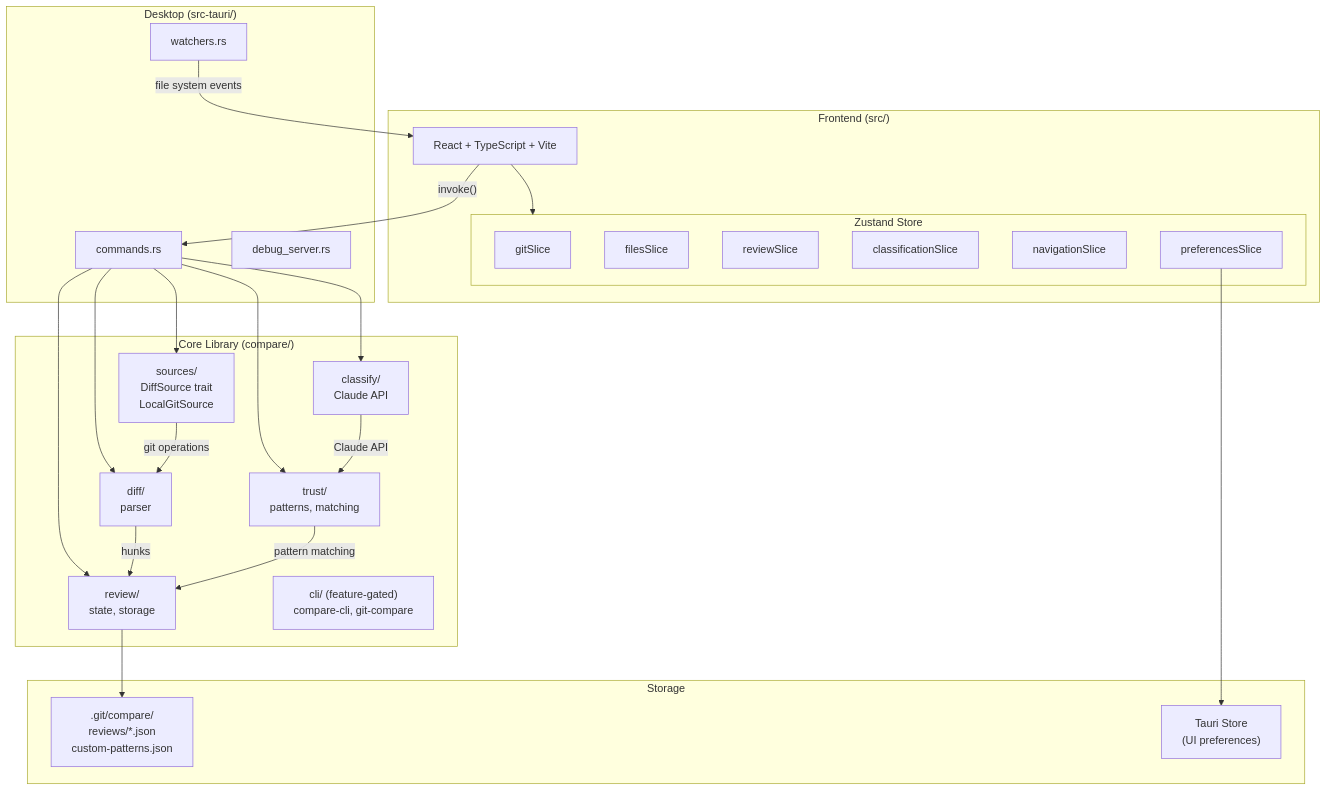
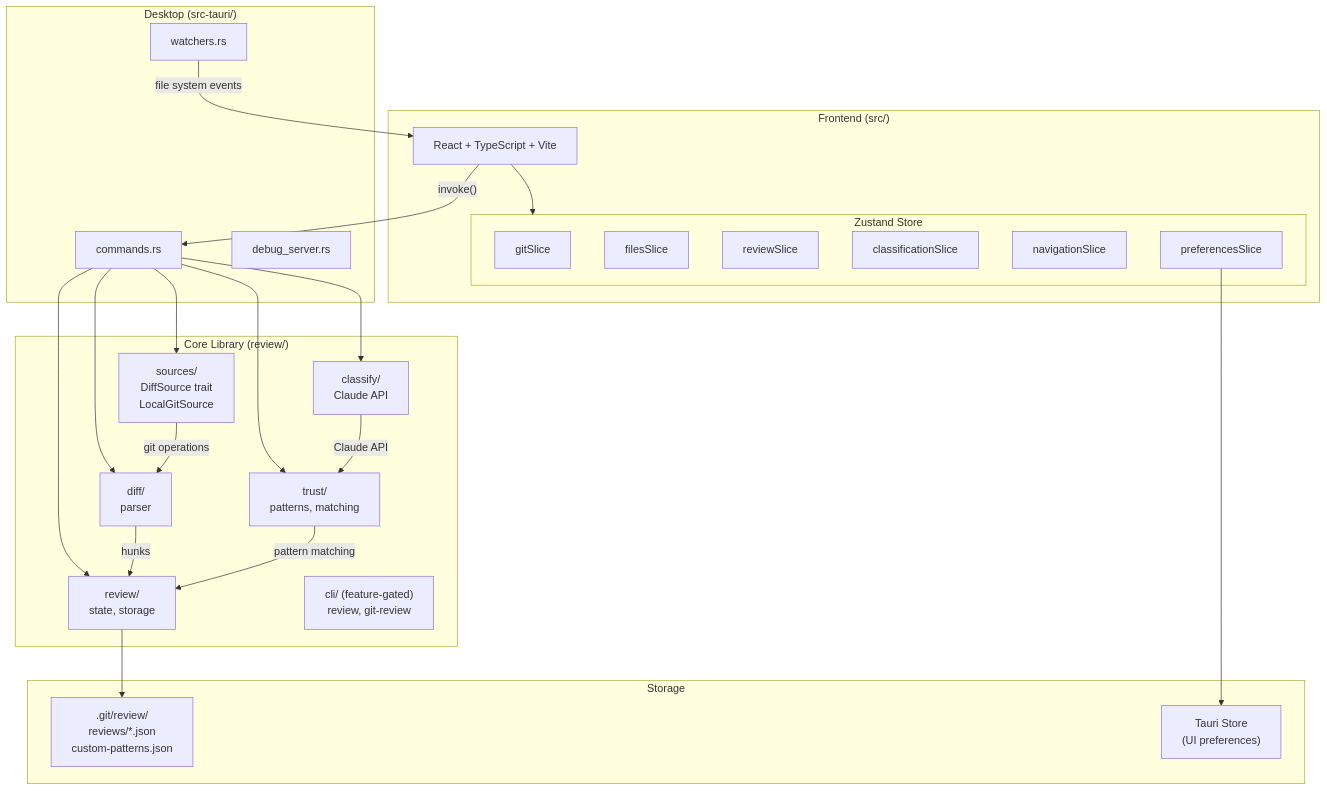
One commit to dropseed/review changed the diagram in README.md. Above: the diagram before and after it, drawn with Mermaid. The commit also changed other lines of this file and 59 other files, not shown here.

First line of the commit message:
Rename app from Compare to Review

````diff
--- a/README.md
+++ b/README.md
@@ -30,61 +30,61 @@
 ```mermaid
 graph TB
     subgraph Frontend["Frontend (src/)"]
         React["React + TypeScript + Vite"]
         subgraph Zustand["Zustand Store"]
             gitSlice["gitSlice"]
             filesSlice["filesSlice"]
             reviewSlice["reviewSlice"]
             classificationSlice["classificationSlice"]
             navigationSlice["navigationSlice"]
             preferencesSlice["preferencesSlice"]
         end
         React --> Zustand
     end
 
     subgraph Desktop["Desktop (src-tauri/)"]
         commands["commands.rs"]
         watchers["watchers.rs"]
         debug_server["debug_server.rs"]
     end
 
-    subgraph Core["Core Library (compare/)"]
+    subgraph Core["Core Library (review/)"]
         sources["sources/
         DiffSource trait
         LocalGitSource"]
         diff["diff/
         parser"]
         review["review/
         state, storage"]
         trust["trust/
         patterns, matching"]
         classify["classify/
         Claude API"]
         cli["cli/ (feature-gated)
-        compare-cli, git-compare"]
+        review, git-review"]
     end
 
     subgraph Storage["Storage"]
-        git_compare[".git/compare/
+        git_review[".git/review/
         reviews/*.json
         custom-patterns.json"]
         tauri_store["Tauri Store
         (UI preferences)"]
     end
 
     React -->|"invoke()"| commands
     commands --> sources
     commands --> diff
     commands --> review
     commands --> trust
     commands --> classify
     watchers -->|"file system events"| React
 
     sources -->|"git operations"| diff
     diff -->|"hunks"| review
     trust -->|"pattern matching"| review
     classify -->|"Claude API"| trust
 
-    review --> git_compare
+    review --> git_review
     preferencesSlice --> tauri_store
 ```
````
